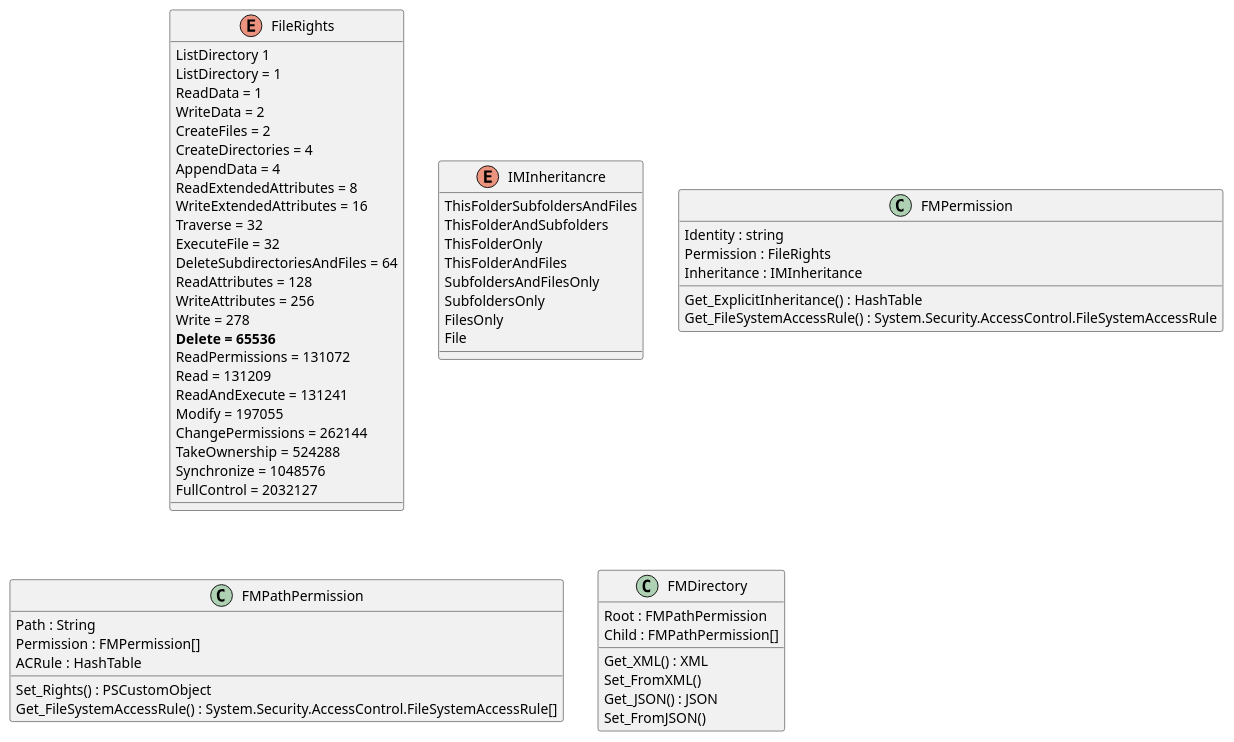
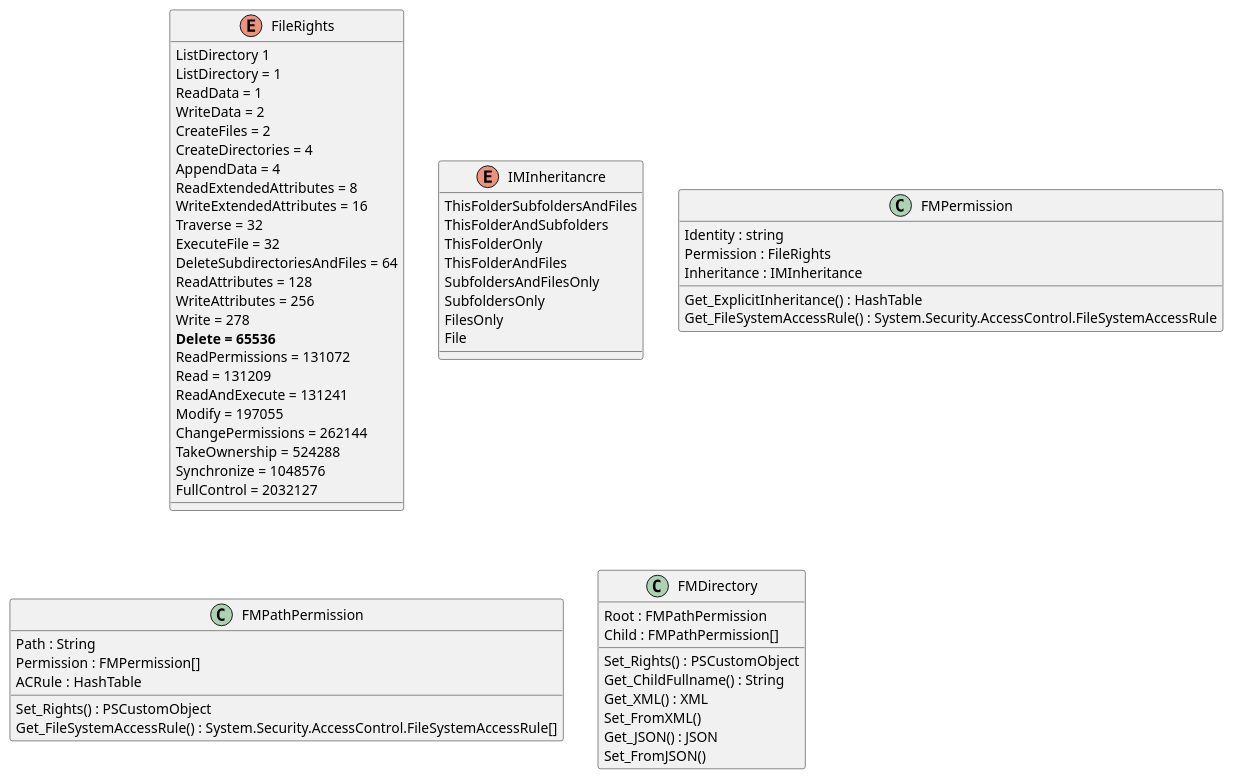
The diagram in media/classes.puml (wztechde/PSFSPM), drawn with PlantUML before and after one commit. The commit also changed 9 other files, not shown here.

```diff
--- a/media/classes.puml
+++ b/media/classes.puml
@@ -1,64 +1,66 @@
 @startuml FMPermission
 Enum FileRights {
    ListDirectory 1
    ListDirectory = 1
    ReadData = 1
    WriteData = 2
    CreateFiles = 2
    CreateDirectories = 4
    AppendData = 4
    ReadExtendedAttributes = 8
    WriteExtendedAttributes = 16
    Traverse = 32
    ExecuteFile = 32
    DeleteSubdirectoriesAndFiles = 64
    ReadAttributes = 128
    WriteAttributes = 256
    Write = 278
    **Delete = 65536**
    ReadPermissions = 131072
    Read = 131209
    ReadAndExecute = 131241
    Modify = 197055
    ChangePermissions = 262144
    TakeOwnership = 524288
    Synchronize = 1048576
    FullControl = 2032127
 }
 
 Enum IMInheritancre {
    ThisFolderSubfoldersAndFiles
    ThisFolderAndSubfolders
    ThisFolderOnly
    ThisFolderAndFiles
    SubfoldersAndFilesOnly
    SubfoldersOnly
    FilesOnly
    File
 }
 
 Class FMPermission{
    Identity : string
    Permission : FileRights
    Inheritance : IMInheritance
    Get_ExplicitInheritance() : HashTable
    Get_FileSystemAccessRule() : System.Security.AccessControl.FileSystemAccessRule
 }
 
 Class FMPathPermission {
    Path : String
    Permission : FMPermission[]
    ACRule : HashTable
    Set_Rights() : PSCustomObject
    Get_FileSystemAccessRule() : System.Security.AccessControl.FileSystemAccessRule[]
 }
 
 Class FMDirectory {
    Root : FMPathPermission
    Child : FMPathPermission[]
+   Set_Rights() : PSCustomObject
+   Get_ChildFullname() : String
    Get_XML() : XML
    Set_FromXML()
    Get_JSON() : JSON
    Set_FromJSON()
 }
-@endum
+@enduml
```
